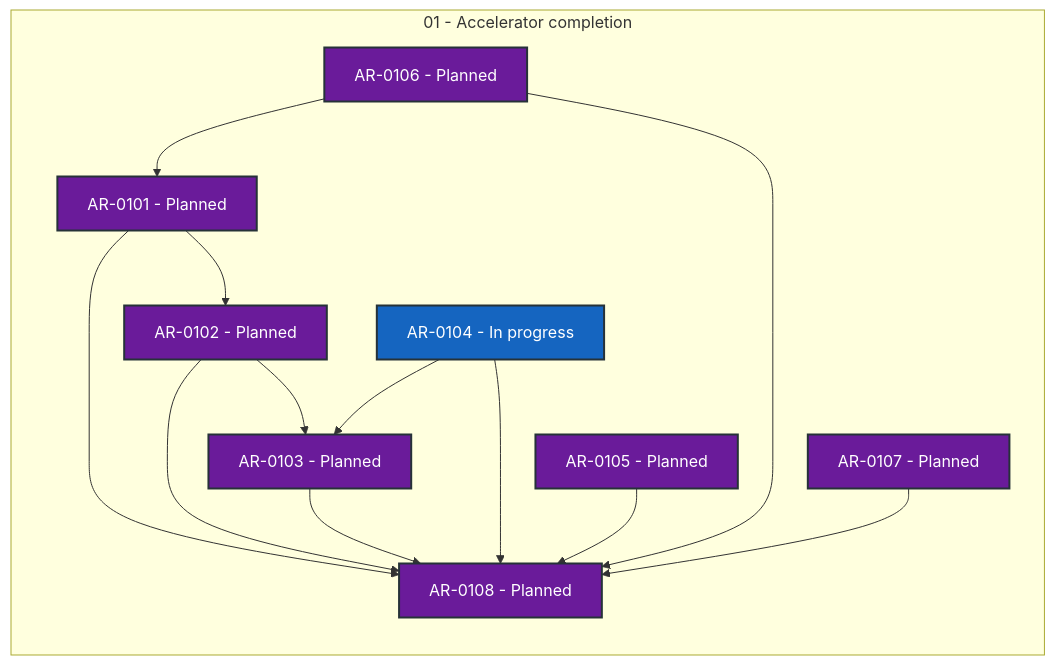
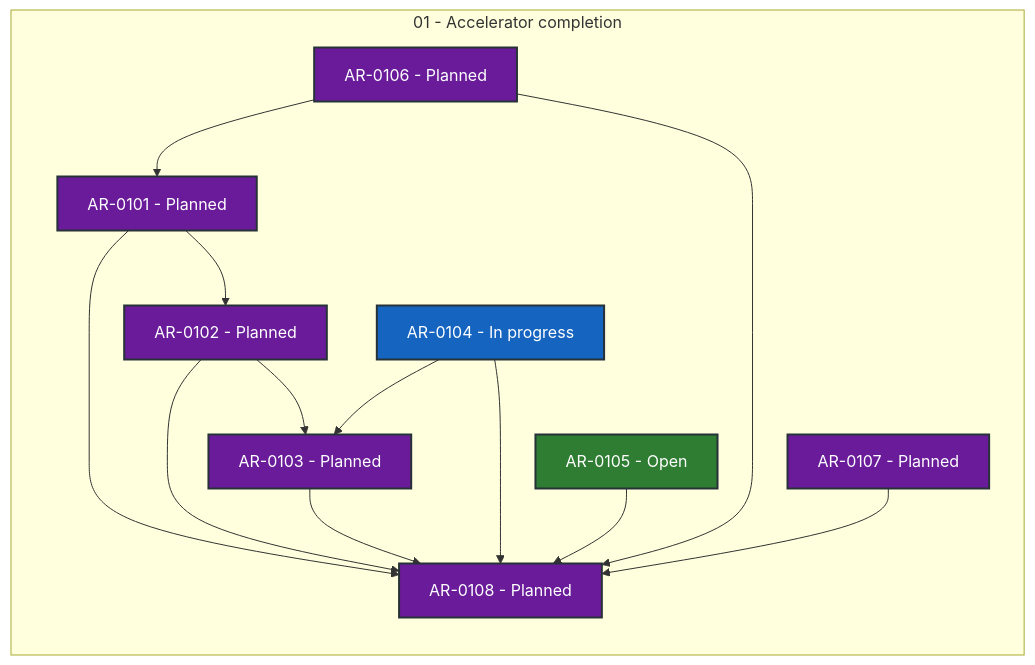
One commit to locutus3009/exgame changed the diagram in coordination/STATUS.md. Above: the diagram before and after it, drawn with Mermaid. The commit also changed other lines of this file and 2 other files, not shown here.

````diff
--- a/coordination/STATUS.md
+++ b/coordination/STATUS.md
@@ -28,34 +28,34 @@
 ```mermaid
 flowchart LR
     subgraph series_01["01 - Accelerator completion"]
         direction TB
         AR_0101["AR-0101 - Planned"]:::status_planned
         AR_0102["AR-0102 - Planned"]:::status_planned
         AR_0103["AR-0103 - Planned"]:::status_planned
         AR_0104["AR-0104 - In progress"]:::status_in_progress
-        AR_0105["AR-0105 - Planned"]:::status_planned
+        AR_0105["AR-0105 - Open"]:::status_open
         AR_0106["AR-0106 - Planned"]:::status_planned
         AR_0107["AR-0107 - Planned"]:::status_planned
         AR_0108["AR-0108 - Planned"]:::status_planned
     end
     AR_0101 --> AR_0102
     AR_0101 --> AR_0108
     AR_0102 --> AR_0103
     AR_0102 --> AR_0108
     AR_0103 --> AR_0108
     AR_0104 --> AR_0103
     AR_0104 --> AR_0108
     AR_0105 --> AR_0108
     AR_0106 --> AR_0101
     AR_0106 --> AR_0108
     AR_0107 --> AR_0108
     classDef status_in_progress fill:#1565c0,color:#ffffff,stroke:#263238,stroke-width:2px
     classDef status_in_review fill:#ad1457,color:#ffffff,stroke:#263238,stroke-width:2px
     classDef status_open fill:#2e7d32,color:#ffffff,stroke:#263238,stroke-width:2px
     classDef status_blocked fill:#c62828,color:#ffffff,stroke:#263238,stroke-width:2px
     classDef status_planned fill:#6a1b9a,color:#ffffff,stroke:#263238,stroke-width:2px
     classDef status_future fill:#455a64,color:#ffffff,stroke:#263238,stroke-width:2px
     classDef status_done fill:#00695c,color:#ffffff,stroke:#263238,stroke-width:2px
     classDef status_cancelled fill:#616161,color:#ffffff,stroke:#263238,stroke-width:2px
     classDef status_superseded fill:#5d4037,color:#ffffff,stroke:#263238,stroke-width:2px
 ```
````
